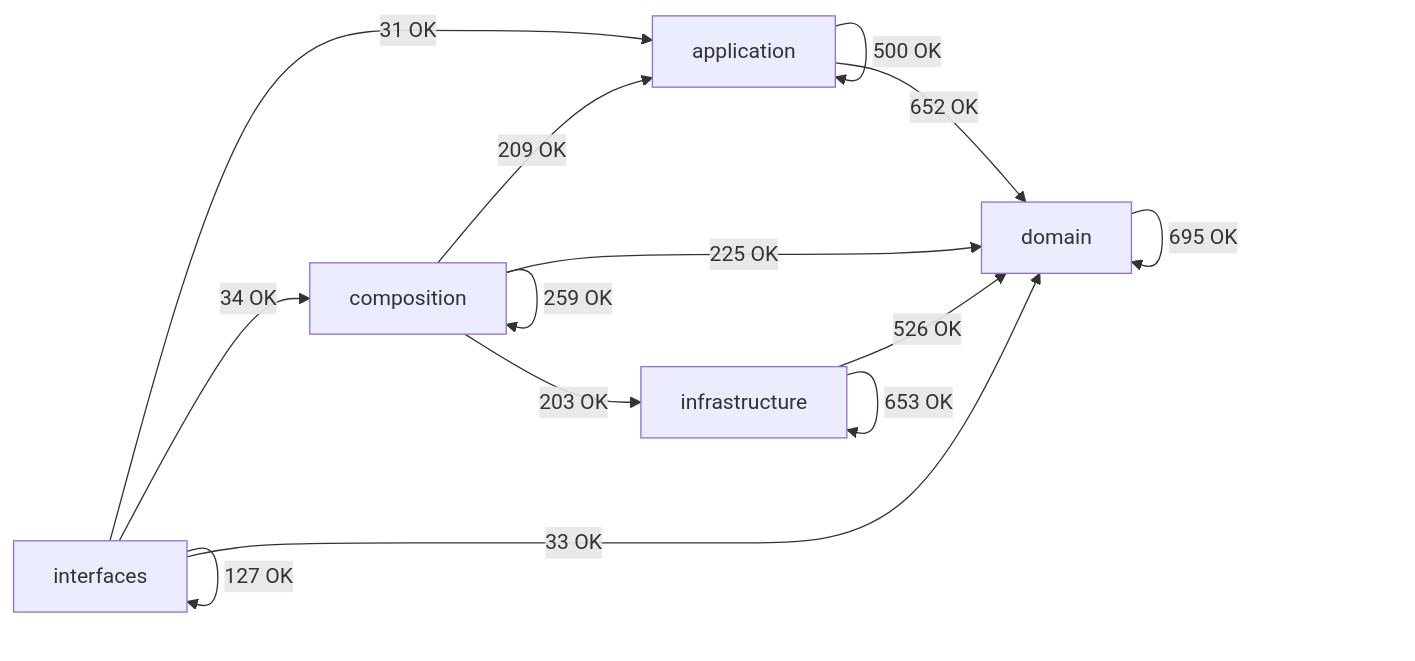
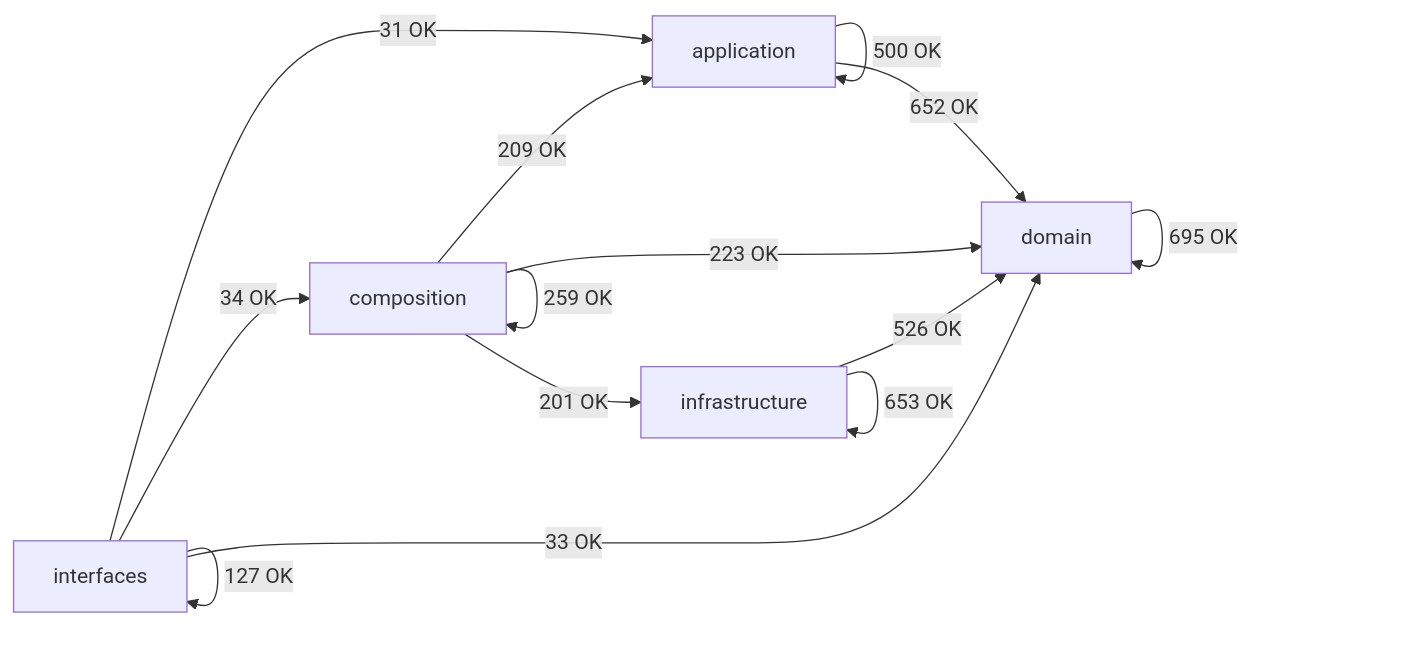
Before and after one commit to SatoryKono/BioactivityDataAcquisition: the diagram in docs/02-architecture/generated/module-dependency-map.md, drawn with Mermaid. The commit also changed other lines of this file and 6 other files, not shown here.

````diff
--- a/docs/02-architecture/generated/module-dependency-map.md
+++ b/docs/02-architecture/generated/module-dependency-map.md
@@ -16,21 +16,21 @@
 ```mermaid
 flowchart LR
     domain[domain]
     application[application]
     infrastructure[infrastructure]
     composition[composition]
     interfaces[interfaces]
     application -->|500 OK| application
     application -->|652 OK| domain
     composition -->|209 OK| application
     composition -->|259 OK| composition
-    composition -->|225 OK| domain
-    composition -->|203 OK| infrastructure
+    composition -->|223 OK| domain
+    composition -->|201 OK| infrastructure
     domain -->|695 OK| domain
     infrastructure -->|526 OK| domain
     infrastructure -->|653 OK| infrastructure
     interfaces -->|31 OK| application
     interfaces -->|34 OK| composition
     interfaces -->|33 OK| domain
     interfaces -->|127 OK| interfaces
 ```
````
